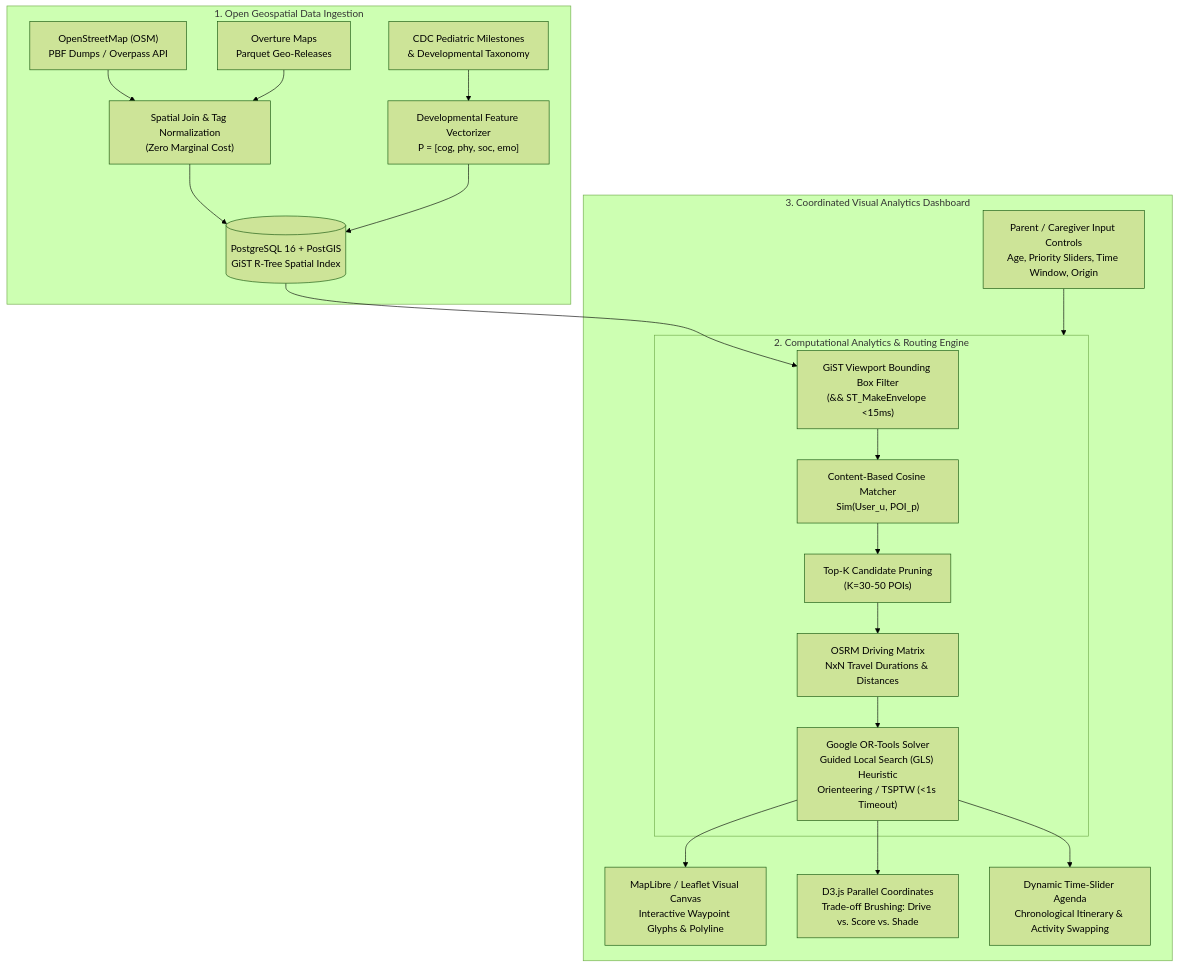
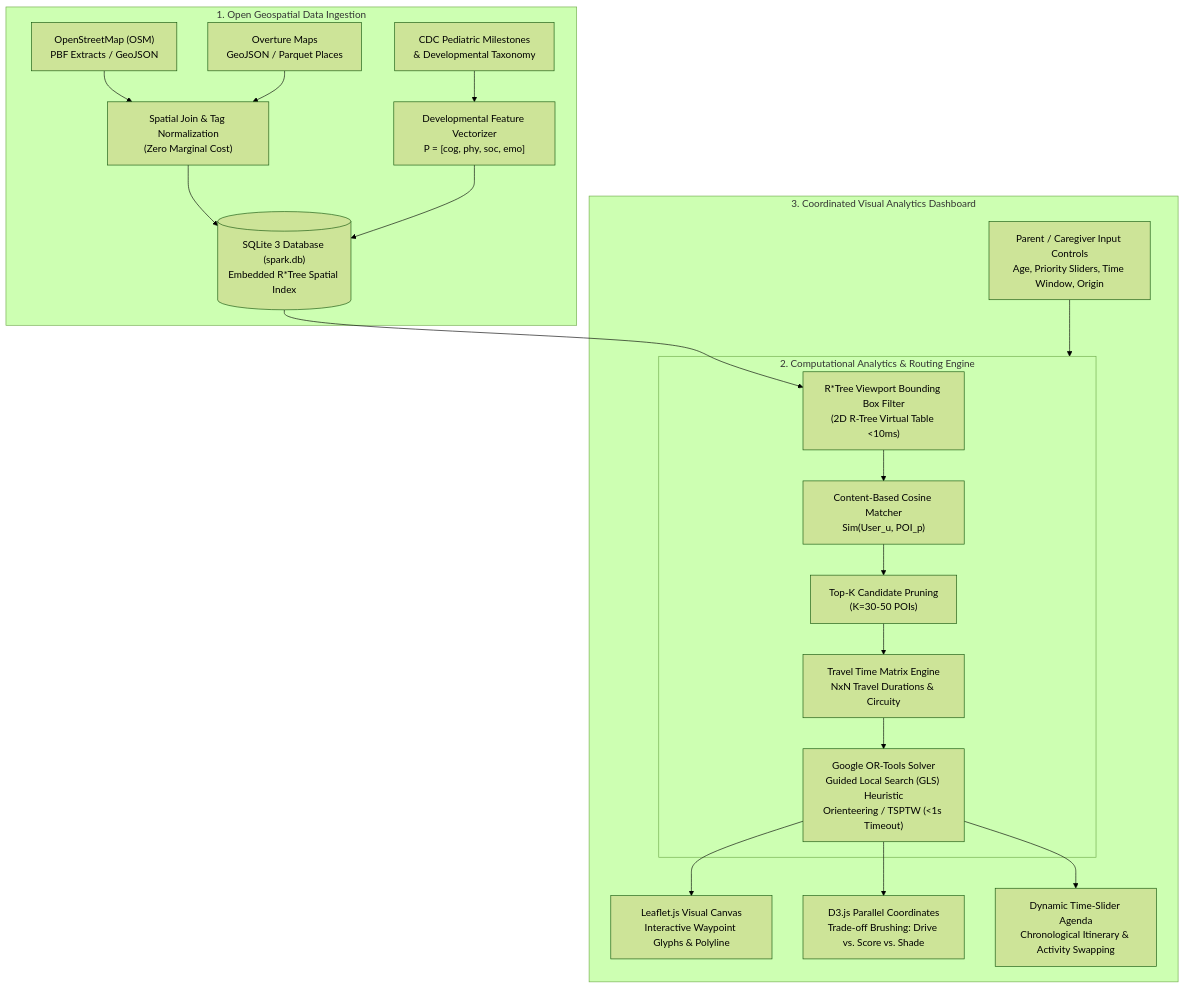
The second of 5 diagrams in projectwork/docs/progress_report.md (manoj-android/cse-6242-project), drawn with Mermaid (forest theme) before and after one commit. The commit also changed other lines of this file and 2 other files, not shown here.

````diff
--- a/projectwork/docs/progress_report.md
+++ b/projectwork/docs/progress_report.md
@@ -99,26 +99,26 @@
 ```mermaid
 flowchart TD
     subgraph S1["1. Open Geospatial Data Ingestion"]
-        D1["OpenStreetMap (OSM)<br>PBF Dumps / Overpass API"]
-        D2["Overture Maps<br>Parquet Geo-Releases"]
+        D1["OpenStreetMap (OSM)<br>PBF Extracts / GeoJSON"]
+        D2["Overture Maps<br>GeoJSON / Parquet Places"]
         D3["CDC Pediatric Milestones<br>& Developmental Taxonomy"]
         D1 & D2 --> ETL["Spatial Join & Tag Normalization<br>(Zero Marginal Cost)"]
         D3 --> VEC["Developmental Feature Vectorizer<br>P = [cog, phy, soc, emo]"]
-        ETL & VEC --> DB[("PostgreSQL 16 + PostGIS<br>GiST R-Tree Spatial Index")]
+        ETL & VEC --> DB[("SQLite 3 Database (spark.db)<br>Embedded R*Tree Spatial Index")]
     end
 
     subgraph S2["2. Computational Analytics & Routing Engine"]
-        DB --> BBOX["GiST Viewport Bounding Box Filter<br>(&& ST_MakeEnvelope <15ms)"]
+        DB --> BBOX["R*Tree Viewport Bounding Box Filter<br>(2D R-Tree Virtual Table <10ms)"]
         BBOX --> CBR["Content-Based Cosine Matcher<br>Sim(User_u, POI_p)"]
         CBR --> TOP["Top-K Candidate Pruning<br>(K=30-50 POIs)"]
-        TOP --> OSRM["OSRM Driving Matrix<br>NxN Travel Durations & Distances"]
-        OSRM --> ORT["Google OR-Tools Solver<br>Guided Local Search (GLS) Heuristic<br>Orienteering / TSPTW (<1s Timeout)"]
+        TOP --> TTM["Travel Time Matrix Engine<br>NxN Travel Durations & Circuity"]
+        TTM --> ORT["Google OR-Tools Solver<br>Guided Local Search (GLS) Heuristic<br>Orienteering / TSPTW (<1s Timeout)"]
     end
 
     subgraph S3["3. Coordinated Visual Analytics Dashboard"]
-        ORT --> VIEW1["MapLibre / Leaflet Visual Canvas<br>Interactive Waypoint Glyphs & Polyline"]
+        ORT --> VIEW1["Leaflet.js Visual Canvas<br>Interactive Waypoint Glyphs & Polyline"]
         ORT --> VIEW2["D3.js Parallel Coordinates<br>Trade-off Brushing: Drive vs. Score vs. Shade"]
         ORT --> VIEW3["Dynamic Time-Slider Agenda<br>Chronological Itinerary & Activity Swapping"]
         USER["Parent / Caregiver Input Controls<br>Age, Priority Sliders, Time Window, Origin"] --> S2
     end
 ```
````
